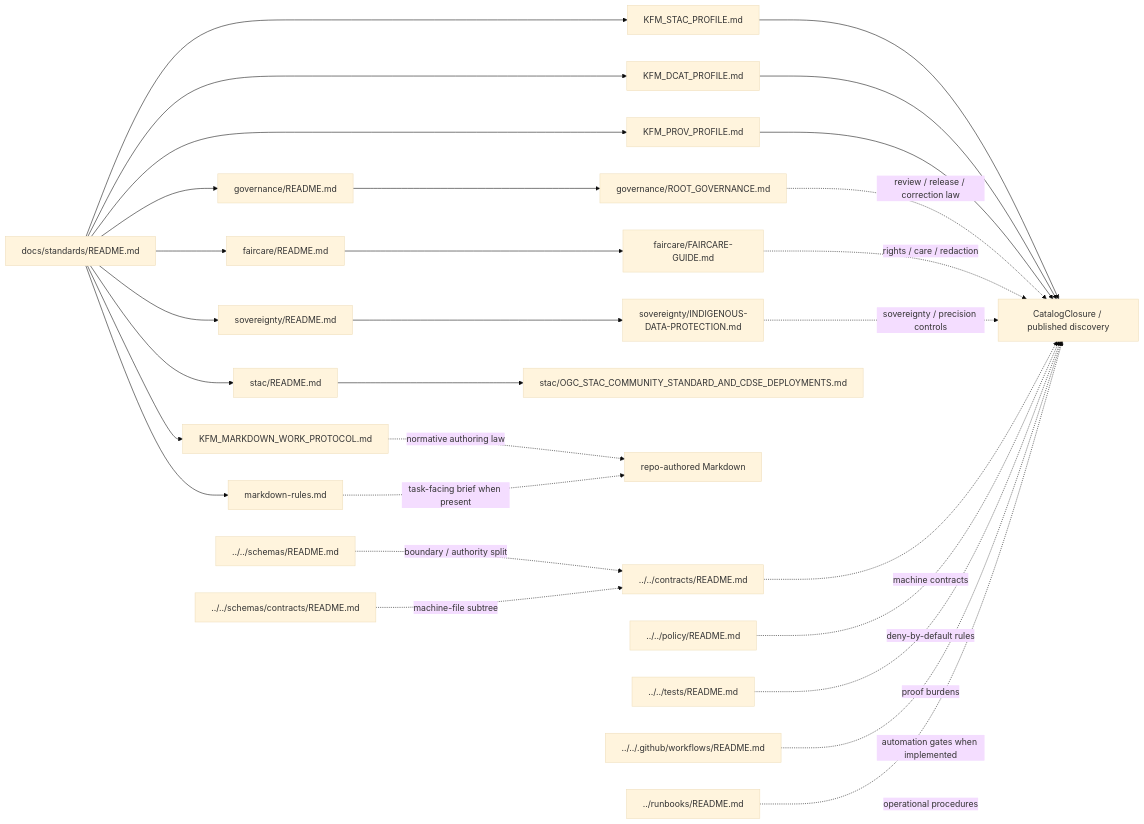
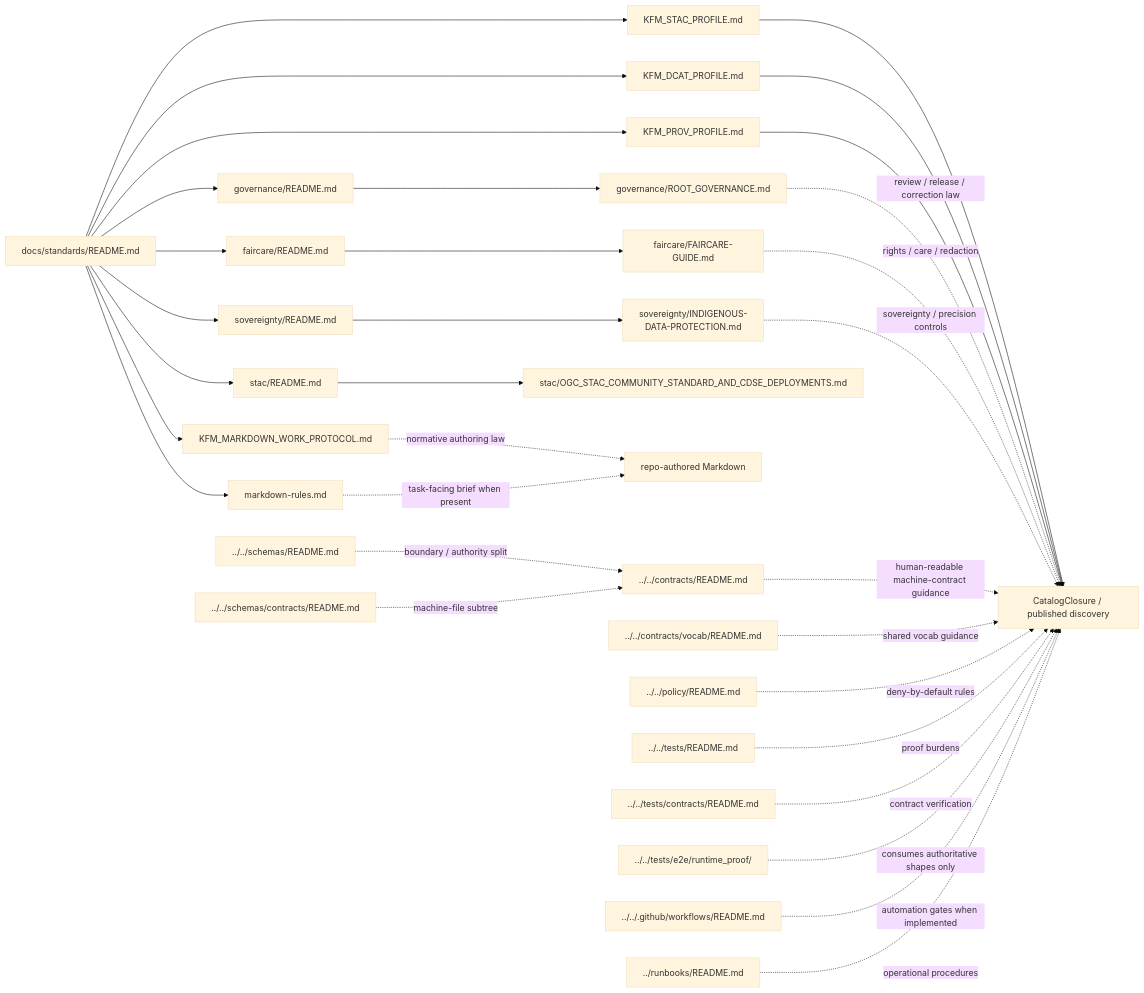
One commit to bartytime4life/Kansas-Frontier-Matrix changed the diagram in docs/standards/README.md. Above: the diagram before and after it, drawn with Mermaid (base theme). The commit also changed other lines of this file, not shown here.

````diff
--- a/docs/standards/README.md
+++ b/docs/standards/README.md
@@ -390,41 +517,44 @@
 ```mermaid
 flowchart LR
     IDX[docs/standards/README.md]
 
     IDX --> STACP[KFM_STAC_PROFILE.md]
     IDX --> DCATP[KFM_DCAT_PROFILE.md]
     IDX --> PROVP[KFM_PROV_PROFILE.md]
     IDX --> MDP[KFM_MARKDOWN_WORK_PROTOCOL.md]
     IDX --> MR[markdown-rules.md]
 
     IDX --> GOVR[governance/README.md]
     GOVR --> GOVSTD[governance/ROOT_GOVERNANCE.md]
 
     IDX --> FAIRR[faircare/README.md]
     FAIRR --> FAIRG[faircare/FAIRCARE-GUIDE.md]
 
     IDX --> SOVR[sovereignty/README.md]
     SOVR --> SOVSTD[sovereignty/INDIGENOUS-DATA-PROTECTION.md]
 
     IDX --> STACR[stac/README.md]
     STACR --> STACNOTE[stac/OGC_STAC_COMMUNITY_STANDARD_AND_CDSE_DEPLOYMENTS.md]
 
     STACP --> CLOSURE[CatalogClosure / published discovery]
     DCATP --> CLOSURE
     PROVP --> CLOSURE
 
     GOVSTD -.review / release / correction law.-> CLOSURE
     FAIRG -.rights / care / redaction.-> CLOSURE
     SOVSTD -.sovereignty / precision controls.-> CLOSURE
 
     MDP -.normative authoring law.-> DOCS[repo-authored Markdown]
     MR -.task-facing brief when present.-> DOCS
 
-    CONTRACTS[../../contracts/README.md] -.machine contracts.-> CLOSURE
+    CONTRACTS[../../contracts/README.md] -.human-readable machine-contract guidance.-> CLOSURE
+    CVOCAB[../../contracts/vocab/README.md] -.shared vocab guidance.-> CLOSURE
     SCHEMAS[../../schemas/README.md] -.boundary / authority split.-> CONTRACTS
     SCON[../../schemas/contracts/README.md] -.machine-file subtree.-> CONTRACTS
     POLICY[../../policy/README.md] -.deny-by-default rules.-> CLOSURE
     TESTS[../../tests/README.md] -.proof burdens.-> CLOSURE
+    TCON[../../tests/contracts/README.md] -.contract verification.-> CLOSURE
+    RTP[../../tests/e2e/runtime_proof/] -.consumes authoritative shapes only.-> CLOSURE
     WF[../../.github/workflows/README.md] -.automation gates when implemented.-> CLOSURE
     RUNBOOKS[../runbooks/README.md] -.operational procedures.-> CLOSURE
 ```
````
